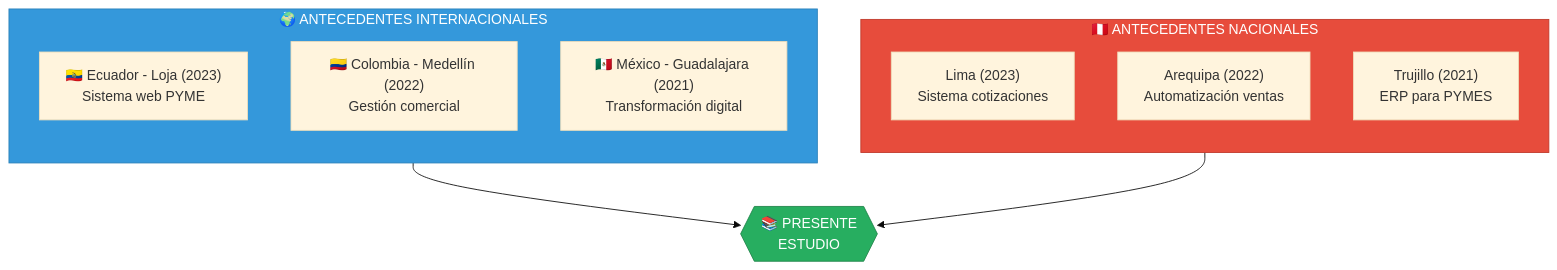
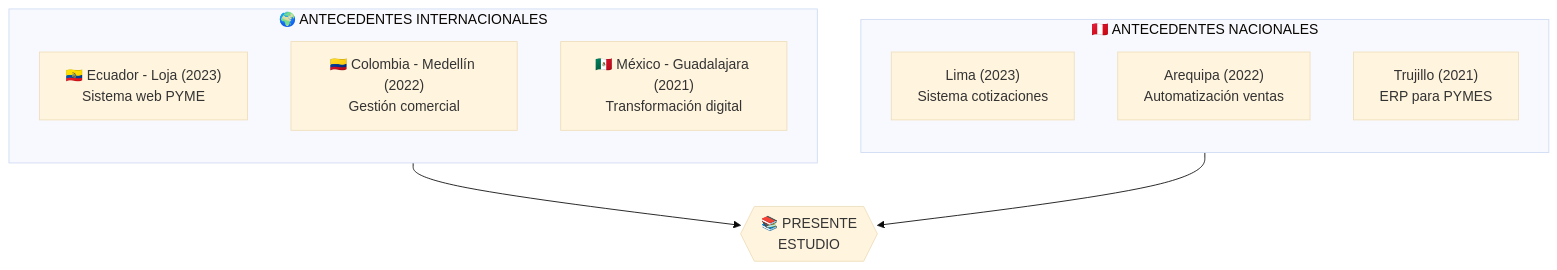
The first of 6 diagrams in docs/03-marco-teorico/README.md (decagraff/LCService), drawn with Mermaid (base theme) before and after one commit. The commit also changed other lines of this file and 7 other files, not shown here.

````diff
--- a/docs/03-marco-teorico/README.md
+++ b/docs/03-marco-teorico/README.md
@@ -21,25 +21,22 @@
 ```mermaid
 graph TB
     subgraph internacionales["🌍 ANTECEDENTES INTERNACIONALES"]
         direction TB
         I1["🇪🇨 Ecuador - Loja (2023)<br/>Sistema web PYME"]
         I2["🇨🇴 Colombia - Medellín (2022)<br/>Gestión comercial"]
         I3["🇲🇽 México - Guadalajara (2021)<br/>Transformación digital"]
     end
 
     subgraph nacionales["🇵🇪 ANTECEDENTES NACIONALES"]
         direction TB
         N1["Lima (2023)<br/>Sistema cotizaciones"]
         N2["Arequipa (2022)<br/>Automatización ventas"]
         N3["Trujillo (2021)<br/>ERP para PYMES"]
     end
 
     ESTUDIO{{"📚 PRESENTE<br/>ESTUDIO"}}
 
     internacionales --> ESTUDIO
     nacionales --> ESTUDIO
 
-    style internacionales fill:#3498db,stroke:#2980b9,color:#fff
-    style nacionales fill:#e74c3c,stroke:#c0392b,color:#fff
-    style ESTUDIO fill:#27ae60,stroke:#1e8449,color:#fff
 ```
````
